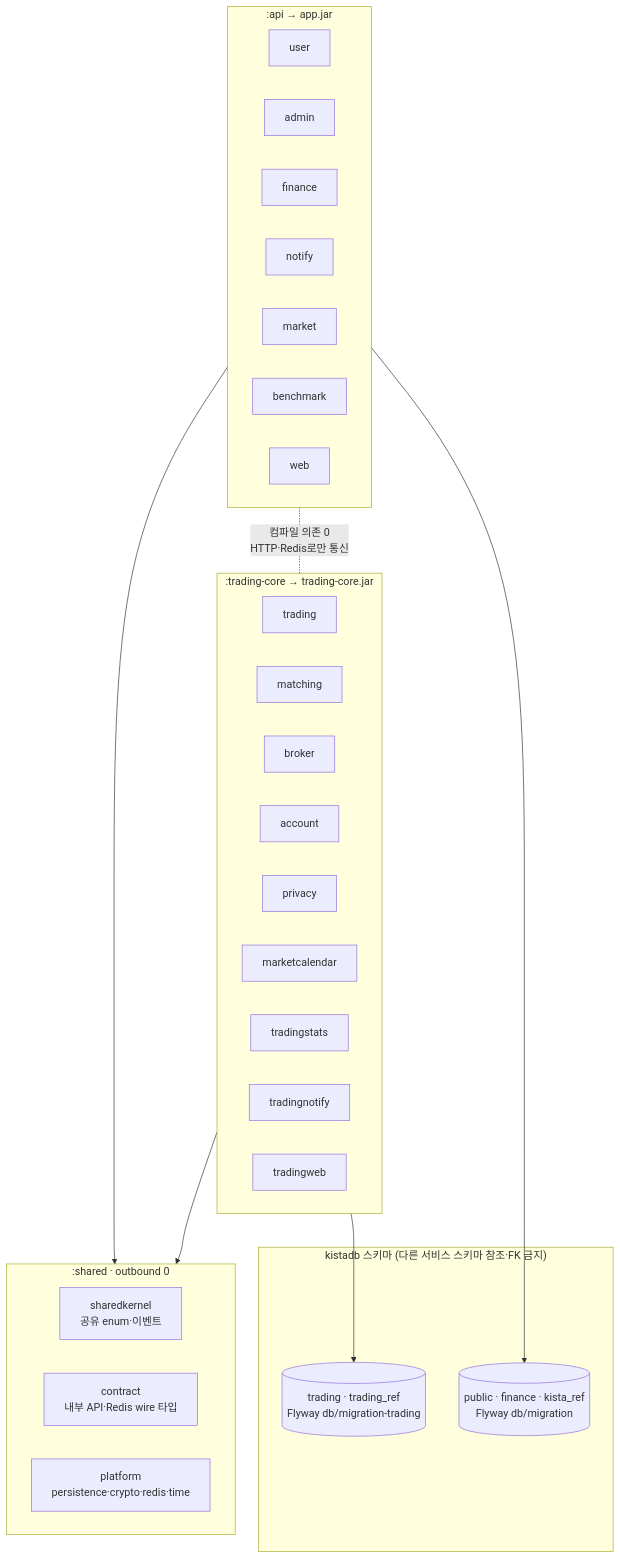
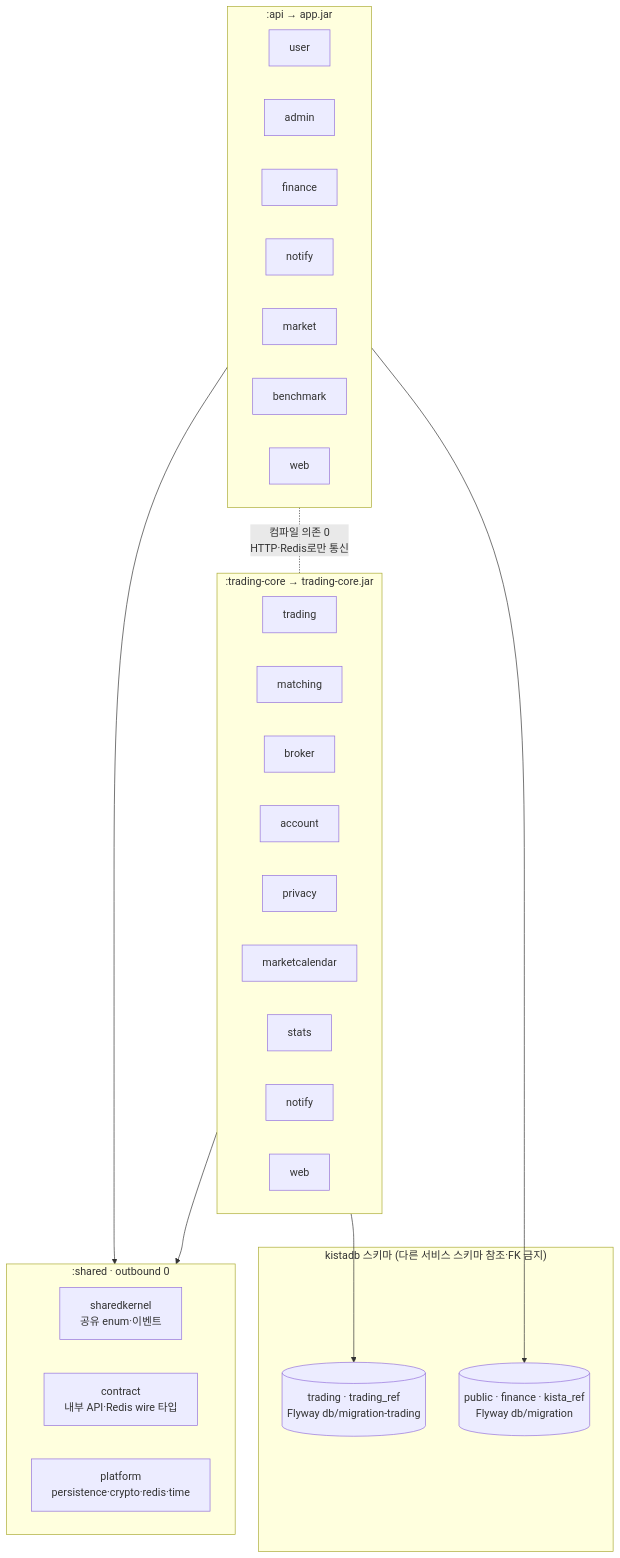
The fourth of 6 diagrams in docs/architecture-map.md (narafu/kista-api), drawn with Mermaid before and after one commit. The commit also changed other lines of this file and 60 other files, not shown here.

````diff
--- a/docs/architecture-map.md
+++ b/docs/architecture-map.md
@@ -160,28 +160,28 @@
 ```mermaid
 flowchart TB
     subgraph shared[":shared · outbound 0"]
         sk["sharedkernel<br/>공유 enum·이벤트"]
         ct["contract<br/>내부 API·Redis wire 타입"]
         pf["platform<br/>persistence·crypto·redis·time"]
     end
 
     subgraph api[":api → app.jar"]
         user; admin; finance; notify; market; benchmark; web
     end
 
     subgraph tc[":trading-core → trading-core.jar"]
         trading; matching; broker; account; privacy
-        marketcalendar; tradingstats; tradingnotify; tradingweb
+        marketcalendar; stats; notify_t["notify"]; web_t["web"]
     end
 
     api --> shared
     tc --> shared
     api -. "컴파일 의존 0<br/>HTTP·Redis로만 통신" .- tc
 
     subgraph db["kistadb 스키마 (다른 서비스 스키마 참조·FK 금지)"]
         s1[("public · finance · kista_ref<br/>Flyway db/migration")]
         s2[("trading · trading_ref<br/>Flyway db/migration-trading")]
     end
     api --> s1
     tc --> s2
 ```
````
